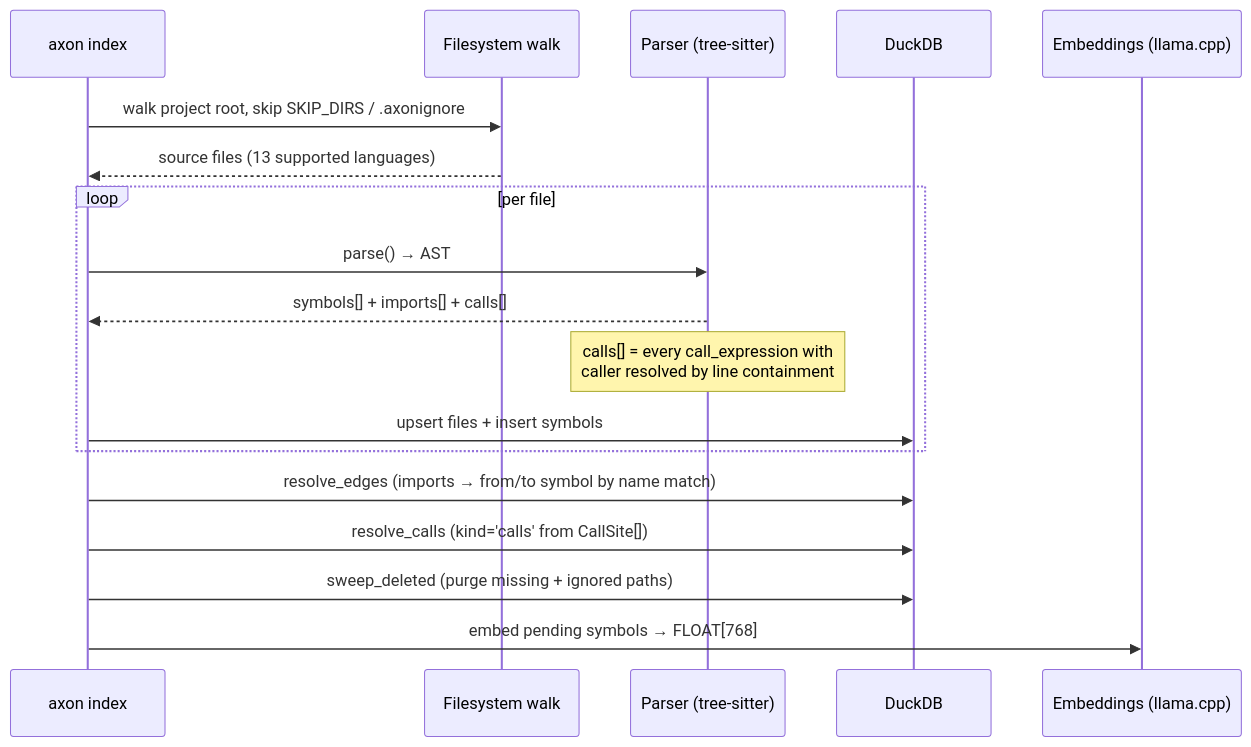
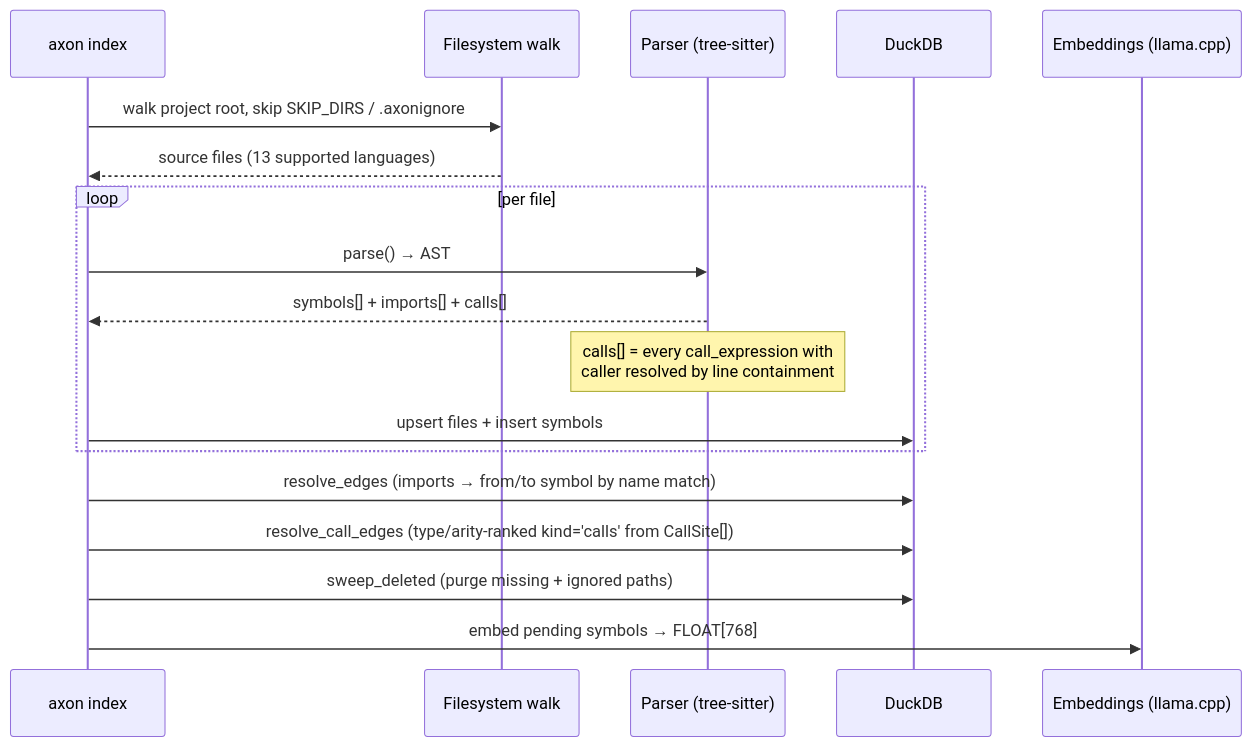
Before and after one commit to HideakiSolutions/axon: the first of 2 diagrams in docs/en/architecture.md, drawn with Mermaid. The commit also changed other lines of this file and 12 other files, not shown here.

Commit message:
feat(graph): disambiguate overloaded callees

````diff
--- a/docs/en/architecture.md
+++ b/docs/en/architecture.md
@@ -34,21 +34,21 @@
 ```mermaid
 sequenceDiagram
     participant CLI as axon index
     participant W as Filesystem walk
     participant P as Parser (tree-sitter)
     participant DB as DuckDB
     participant E as Embeddings (llama.cpp)
 
     CLI->>W: walk project root, skip SKIP_DIRS / .axonignore
     W-->>CLI: source files (13 supported languages)
     loop per file
         CLI->>P: parse() → AST
         P-->>CLI: symbols[] + imports[] + calls[]
         Note over P: calls[] = every call_expression with<br/>caller resolved by line containment
         CLI->>DB: upsert files + insert symbols
     end
     CLI->>DB: resolve_edges (imports → from/to symbol by name match)
-    CLI->>DB: resolve_calls (kind='calls' from CallSite[])
+    CLI->>DB: resolve_call_edges (type/arity-ranked kind='calls' from CallSite[])
     CLI->>DB: sweep_deleted (purge missing + ignored paths)
     CLI->>E: embed pending symbols → FLOAT[768]
 ```
````
